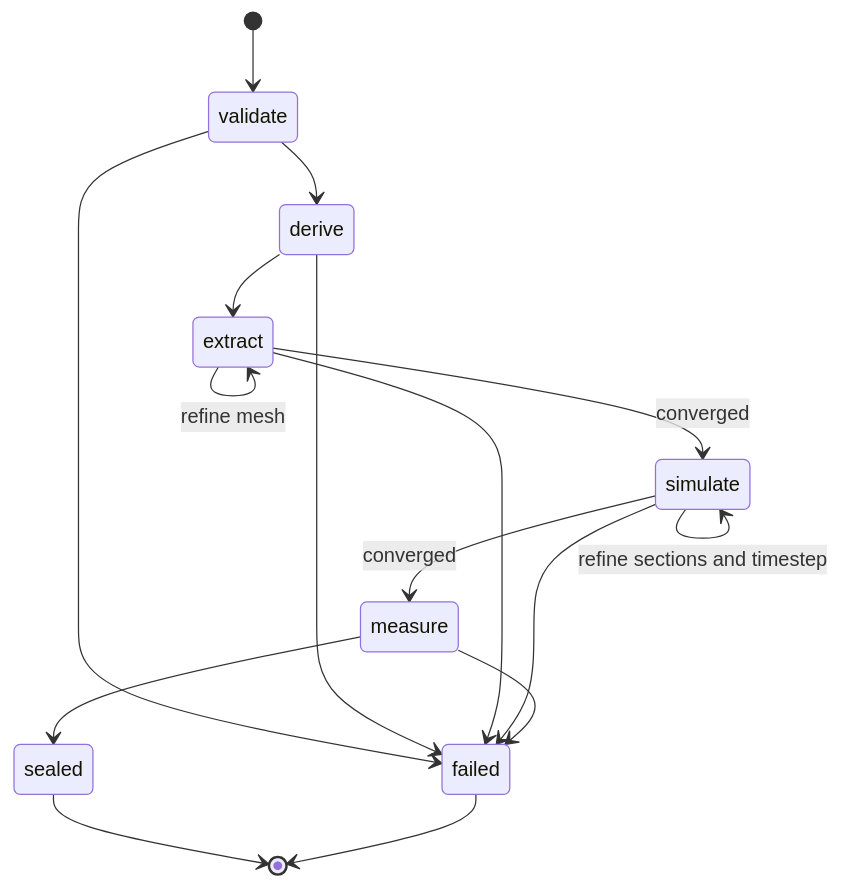
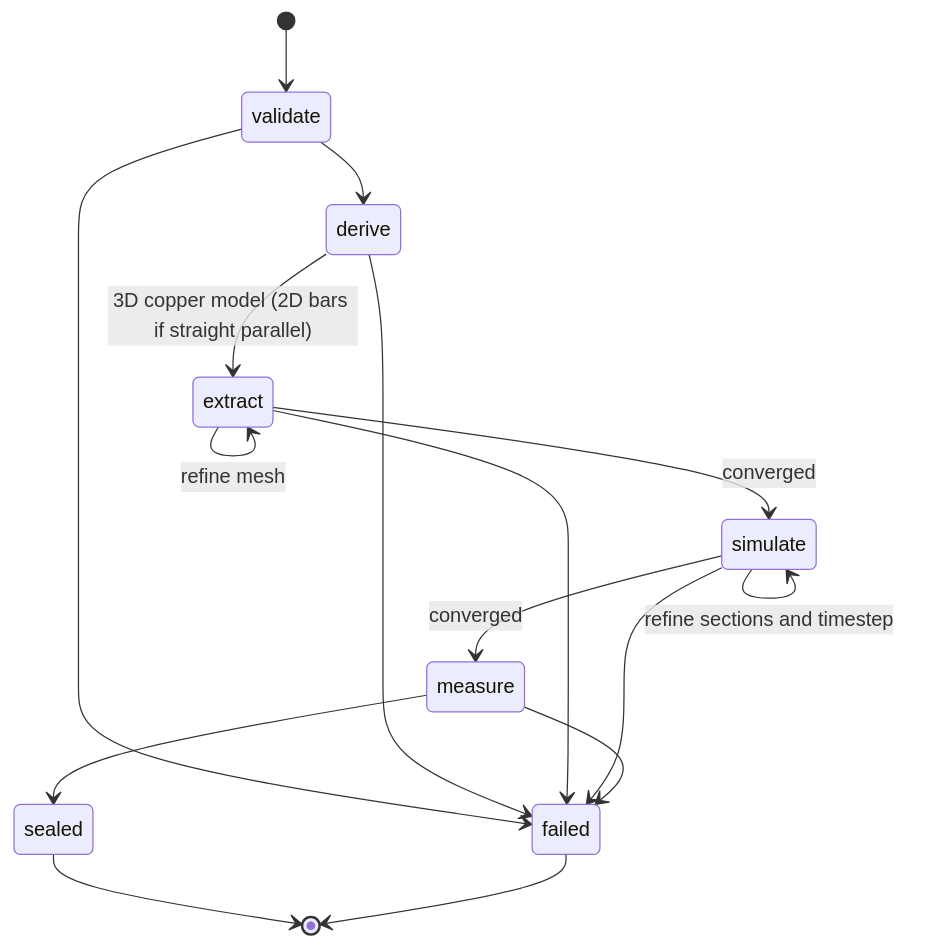
One commit to tscircuit/pcb-spice-pipeline changed the second of 2 diagrams in README.md. Above: the diagram before and after it, drawn with Mermaid. The commit also changed 1 other file, not shown here.

Commit message:
docs: keep the 3D copper model step from main in the state diagrams

````diff
--- a/README.md
+++ b/README.md
@@ -69,18 +69,18 @@
 ```mermaid
 stateDiagram-v2
   [*] --> validate
   validate --> derive
-  derive --> extract
+  derive --> extract: 3D copper model (2D bars if straight parallel)
   extract --> extract: refine mesh
   extract --> simulate: converged
   simulate --> simulate: refine sections and timestep
   simulate --> measure: converged
   measure --> sealed
   validate --> failed
   derive --> failed
   extract --> failed
   simulate --> failed
   measure --> failed
   sealed --> [*]
   failed --> [*]
 ```
````
